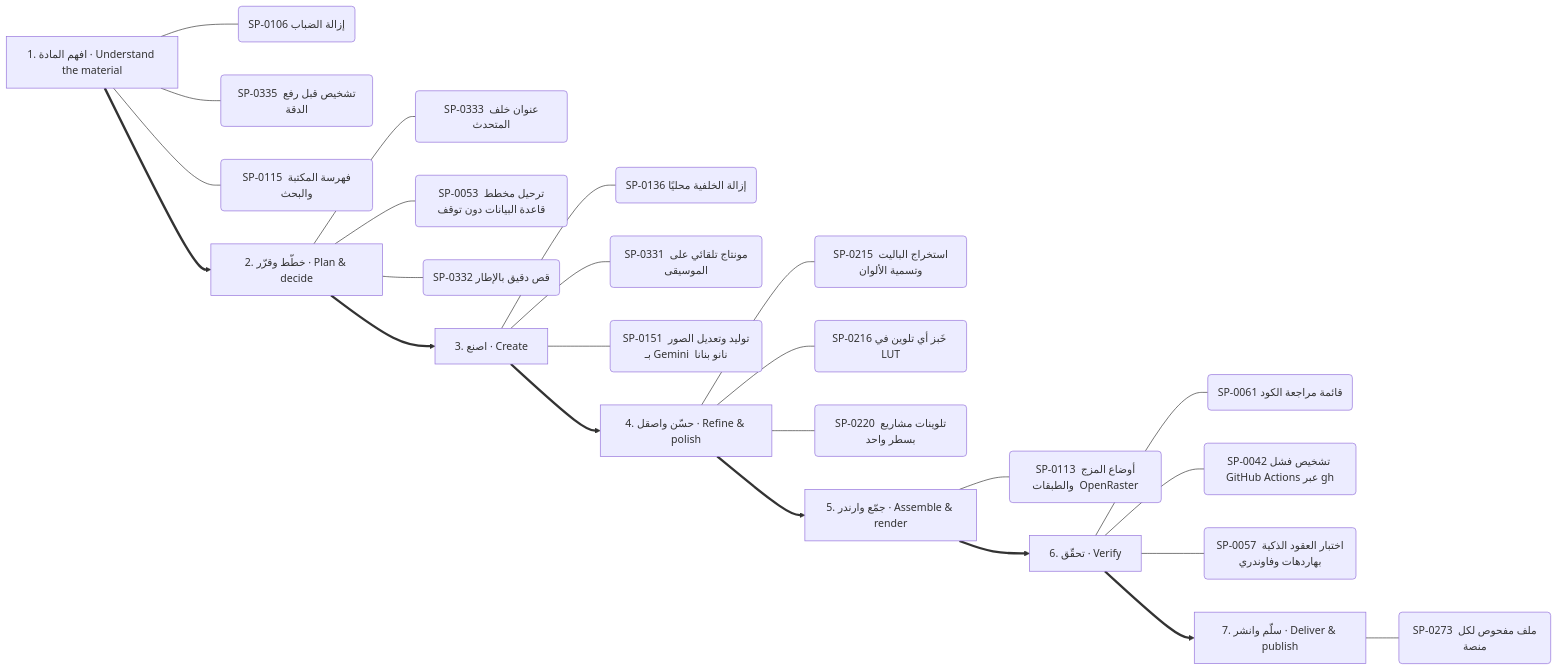
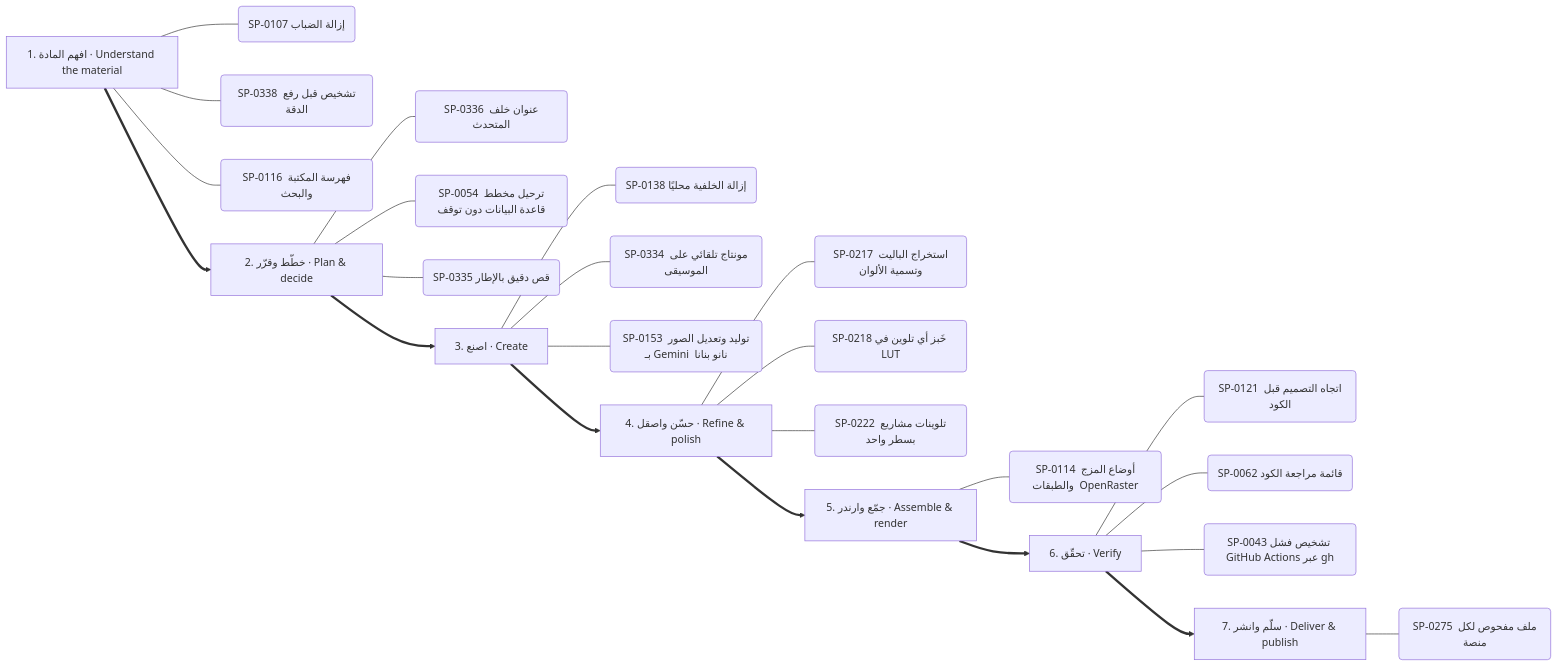
One commit to kosif199022-jpg/kosif-tool changed the seventh of 13 diagrams in .claude/skills/kosif-superpowers/references/capability-mindmap.md. Above: the diagram before and after it, drawn with Mermaid. The commit also changed other lines of this file and 48 other files, not shown here.

````diff
--- a/.claude/skills/kosif-superpowers/references/capability-mindmap.md
+++ b/.claude/skills/kosif-superpowers/references/capability-mindmap.md
@@ -361,33 +361,33 @@
 ```mermaid
 flowchart LR
   S0["1. افهم المادة · Understand the material"]
-  S0 --- S0_0("SP-0106 إزالة الضباب")
-  S0 --- S0_1("SP-0335 تشخيص قبل رفع الدقة")
-  S0 --- S0_2("SP-0115 فهرسة المكتبة والبحث")
+  S0 --- S0_0("SP-0107 إزالة الضباب")
+  S0 --- S0_1("SP-0338 تشخيص قبل رفع الدقة")
+  S0 --- S0_2("SP-0116 فهرسة المكتبة والبحث")
   S1["2. خطّط وقرّر · Plan & decide"]
-  S1 --- S1_0("SP-0333 عنوان خلف المتحدث")
-  S1 --- S1_1("SP-0053 ترحيل مخطط قاعدة البيانات دون توقف")
-  S1 --- S1_2("SP-0332 قص دقيق بالإطار")
+  S1 --- S1_0("SP-0336 عنوان خلف المتحدث")
+  S1 --- S1_1("SP-0054 ترحيل مخطط قاعدة البيانات دون توقف")
+  S1 --- S1_2("SP-0335 قص دقيق بالإطار")
   S0 ==> S1
   S2["3. اصنع · Create"]
-  S2 --- S2_0("SP-0136 إزالة الخلفية محليًا")
-  S2 --- S2_1("SP-0331 مونتاج تلقائي على الموسيقى")
-  S2 --- S2_2("SP-0151 توليد وتعديل الصور بـ Gemini  نانو بنانا ")
+  S2 --- S2_0("SP-0138 إزالة الخلفية محليًا")
+  S2 --- S2_1("SP-0334 مونتاج تلقائي على الموسيقى")
+  S2 --- S2_2("SP-0153 توليد وتعديل الصور بـ Gemini  نانو بنانا ")
   S1 ==> S2
   S3["4. حسّن واصقل · Refine & polish"]
-  S3 --- S3_0("SP-0215 استخراج الباليت وتسمية الألوان")
-  S3 --- S3_1("SP-0216 خَبز أي تلوين في LUT")
-  S3 --- S3_2("SP-0220 تلوينات مشاريع بسطر واحد")
+  S3 --- S3_0("SP-0217 استخراج الباليت وتسمية الألوان")
+  S3 --- S3_1("SP-0218 خَبز أي تلوين في LUT")
+  S3 --- S3_2("SP-0222 تلوينات مشاريع بسطر واحد")
   S2 ==> S3
   S4["5. جمّع وارندر · Assemble & render"]
-  S4 --- S4_0("SP-0113 أوضاع المزج والطبقات  OpenRaster ")
+  S4 --- S4_0("SP-0114 أوضاع المزج والطبقات  OpenRaster ")
   S3 ==> S4
   S5["6. تحقّق · Verify"]
-  S5 --- S5_0("SP-0061 قائمة مراجعة الكود")
-  S5 --- S5_1("SP-0042 تشخيص فشل GitHub Actions عبر gh")
-  S5 --- S5_2("SP-0057 اختبار العقود الذكية بهاردهات وفاوندري")
+  S5 --- S5_0("SP-0121 اتجاه التصميم قبل الكود")
+  S5 --- S5_1("SP-0062 قائمة مراجعة الكود")
+  S5 --- S5_2("SP-0043 تشخيص فشل GitHub Actions عبر gh")
   S4 ==> S5
   S6["7. سلّم وانشر · Deliver & publish"]
-  S6 --- S6_0("SP-0273 ملف مفحوص لكل منصة")
+  S6 --- S6_0("SP-0275 ملف مفحوص لكل منصة")
   S5 ==> S6
 ```
````
